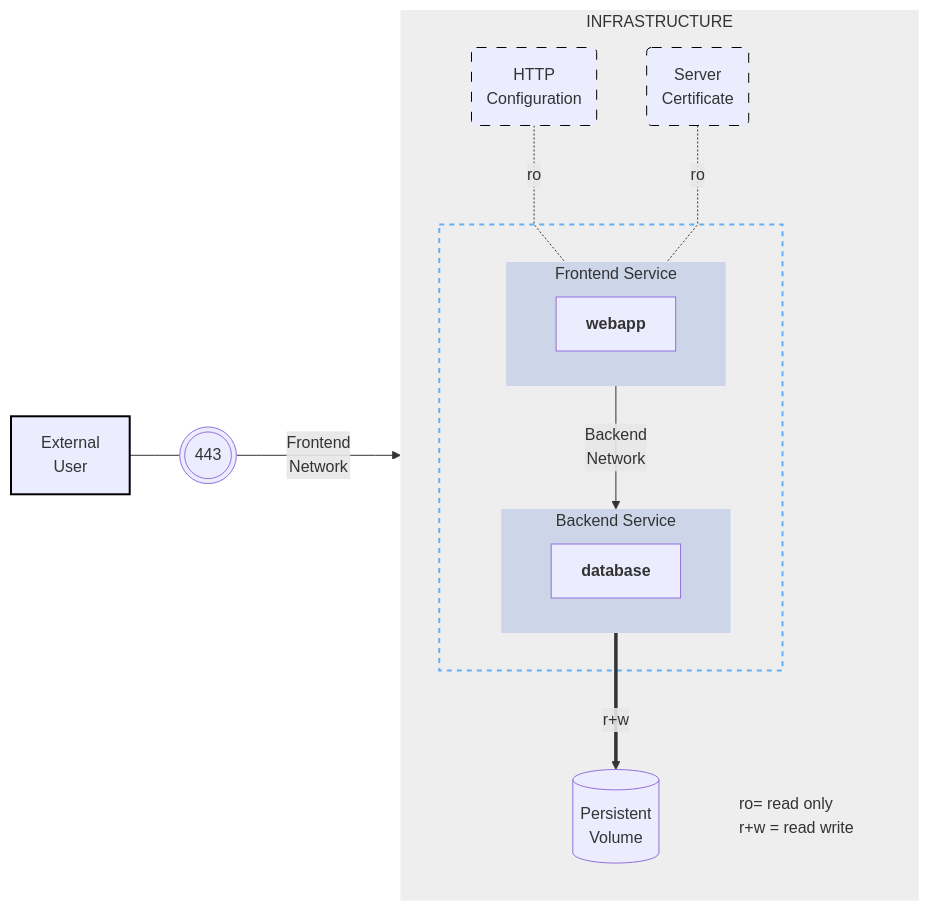
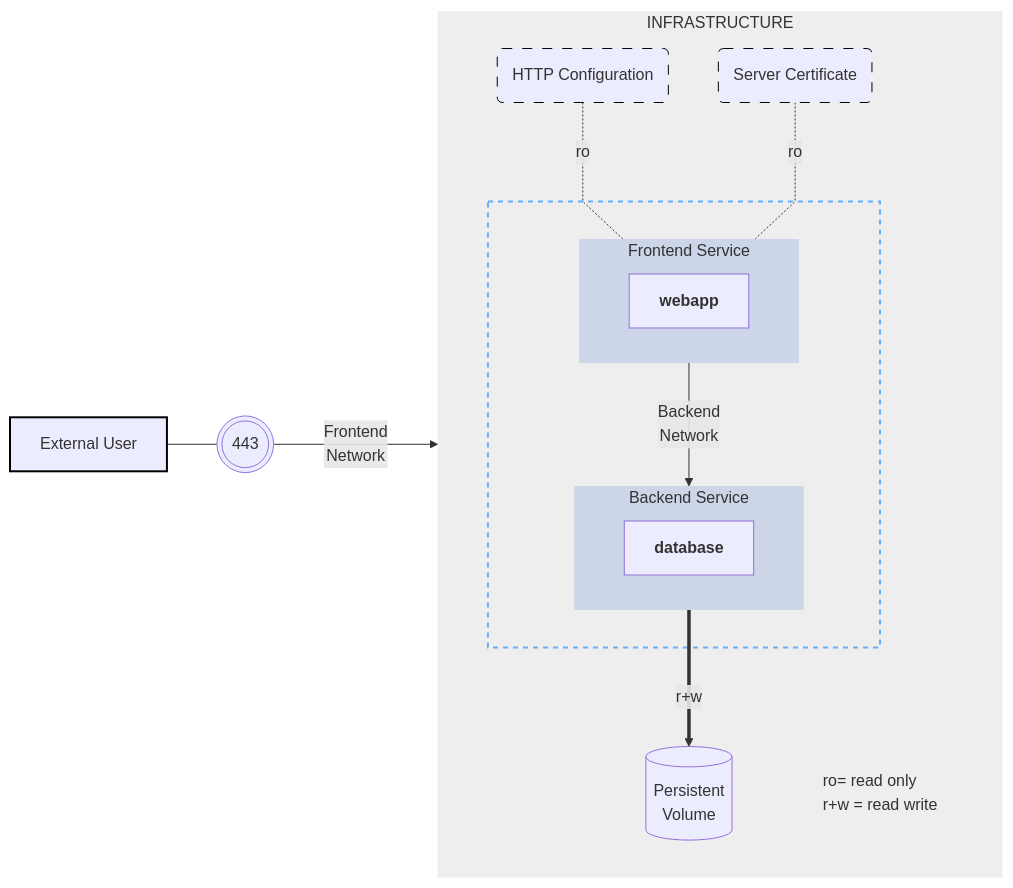
One commit to compose-spec/compose-spec changed the diagram in spec.md. Above: the diagram before and after it, drawn with Mermaid. The commit also changed 1 other file, not shown here.

Commit message:
Fix line breaks in mermaid diagrams

````diff
--- a/spec.md
+++ b/spec.md
@@ -73,34 +73,32 @@
 ```mermaid
     %%{ init: { 'flowchart': { 'curve': 'linear' } } }%%
     flowchart LR
     subgraph A[INFRASTRUCTURE]
     direction TB
     subgraph TOP[" "]
         subgraph B1[Frontend Service]
             fs["`**webapp**`"]
         end
         style B1 fill:#ccd6e8, stroke-width:0px
         subgraph B2[Backend Service]
             bs["`**database**`"]
         end
         style B2 fill:#ccd6e8, stroke-width:0px
-        
     end
     style TOP fill:transparent, stroke-width:2px, stroke:#62affb, stroke-dasharray: 5 5
-        key[ro= read only\nr+w = read write]
-        style key fill:transparent, stroke-width:0px,text-align: left, size: 94px
-        
+        key[ro= read only<br>r+w = read write]
+        style key fill:transparent, stroke-width:0px, text-align: left, size: 94px
         direction TB
-        id2(Server\nCertificate)
-        id1(HTTP\nConfiguration)
+        id2(Server Certificate)
+        id1(HTTP Configuration)
         id1 & id2 -.-|ro| B1
         style id1 stroke:#000,stroke-width:1px,stroke-dasharray: 10
         style id2 stroke:#000,stroke-width:1px,stroke-dasharray: 10
-        B2 ==r+w==> id3[(Persistent\nVolume)]
+        B2 ==r+w==> id3[(Persistent<br>Volume)]
     end
     style A fill:#eeeeee, stroke-width:0px
     direction LR
-    id4[External\nUser] ---id5(((443)))--->|Frontend\nNetwork| B1
+    id4[External User] ---id5(((443)))--->|Frontend<br>Network| B1
     style id4 stroke:#000,stroke-width:2px
-    B1 --Backend\nNetwork--> B2
+    B1 --Backend<br>Network--> B2
 ```
````
